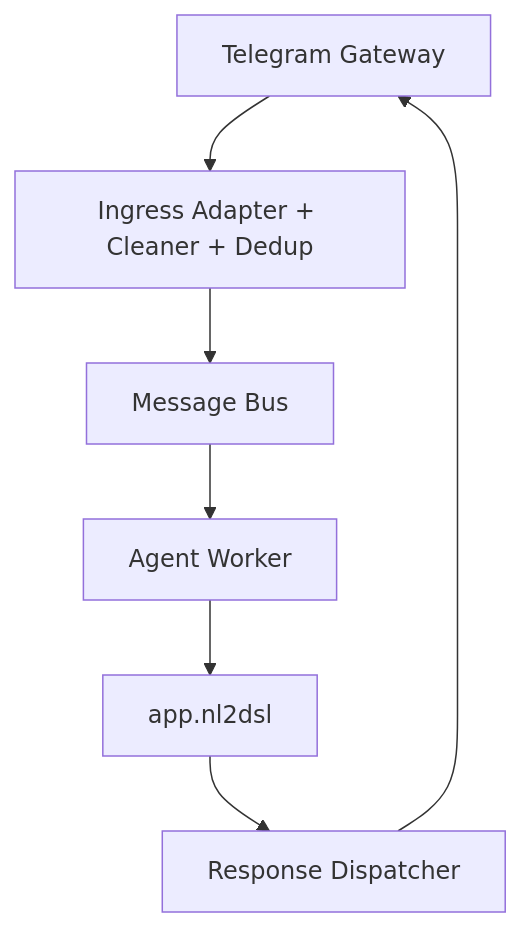
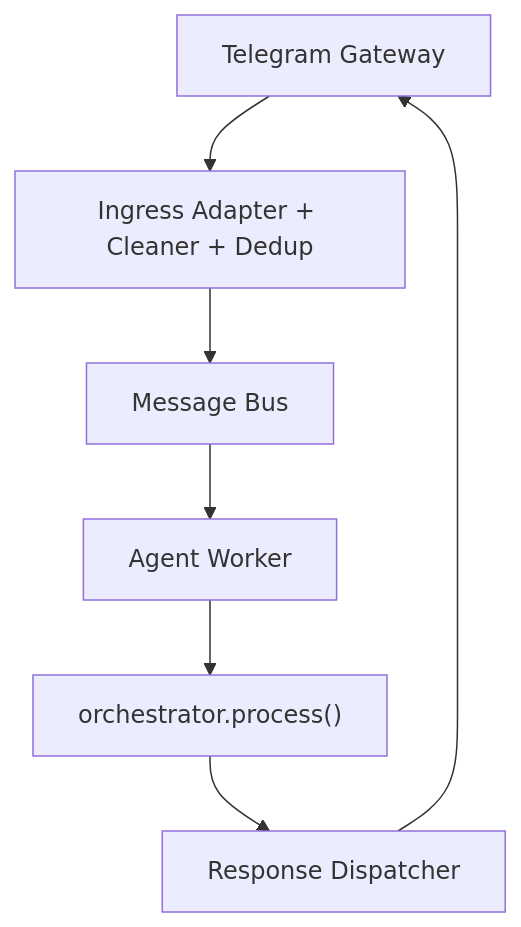
One commit to frankzh0330/query-agent changed the second of 4 diagrams in ARCHITECTURE.zh-CN.md. Above: the diagram before and after it, drawn with Mermaid. The commit also changed other lines of this file and 14 other files, not shown here.

````diff
--- a/ARCHITECTURE.zh-CN.md
+++ b/ARCHITECTURE.zh-CN.md
@@ -91,9 +93,9 @@
 ```mermaid
 flowchart TD
     TG["Telegram Gateway"] --> IN["Ingress Adapter + Cleaner + Dedup"]
     IN --> BUS["Message Bus"]
     BUS --> W["Agent Worker"]
-    W --> API["app.nl2dsl"]
-    API --> DISP["Response Dispatcher"]
+    W --> ORC["orchestrator.process()"]
+    ORC --> DISP["Response Dispatcher"]
     DISP --> TG
 ```
````
